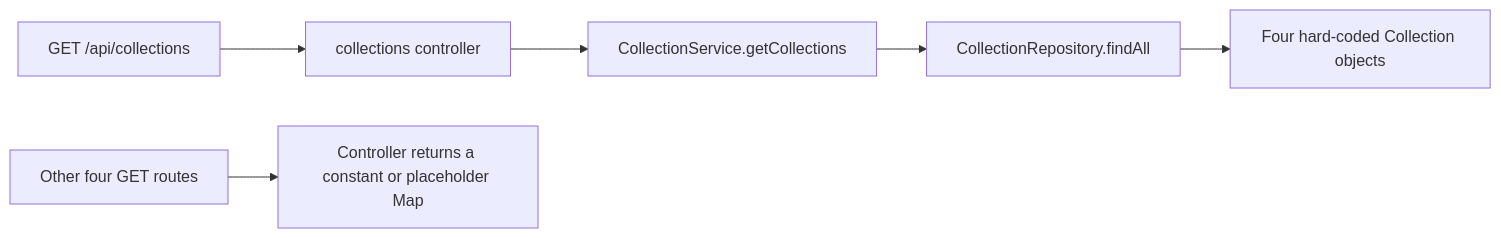
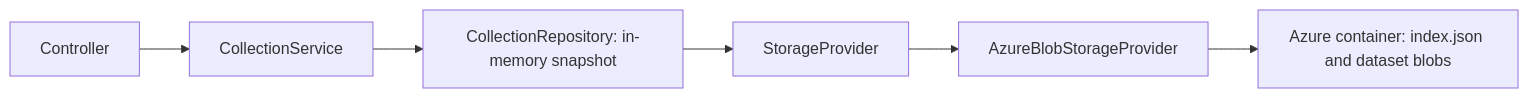
One commit to Cloud-Focus-Tech/tech-cloudfocus-ReferenceData changed the diagram in docs/architecture.md. Above: the diagram before and after it, drawn with Mermaid. The commit also changed other lines of this file and 19 other files, not shown here.

Commit message:
Added Azure Blob Provider

````diff
--- a/docs/architecture.md
+++ b/docs/architecture.md
@@ -30,8 +5,8 @@
 ```mermaid
 flowchart LR
-    A[GET /api/collections] --> B[collections controller]
-    B --> C[CollectionService.getCollections]
-    C --> D[CollectionRepository.findAll]
-    D --> E[Four hard-coded Collection objects]
-    F[Other four GET routes] --> G[Controller returns a constant or placeholder Map]
+    API[Controller] --> Service[CollectionService]
+    Service --> Repo[CollectionRepository: in-memory snapshot]
+    Repo --> Port[StorageProvider]
+    Port --> Azure[AzureBlobStorageProvider]
+    Azure --> Container[Azure container: index.json and dataset blobs]
 ```
````
